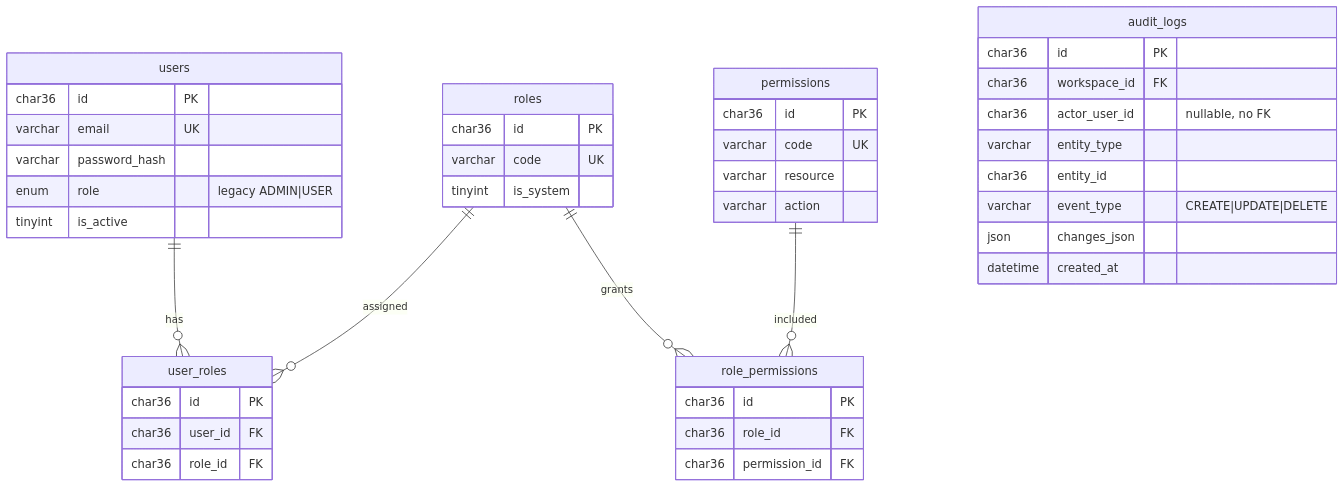
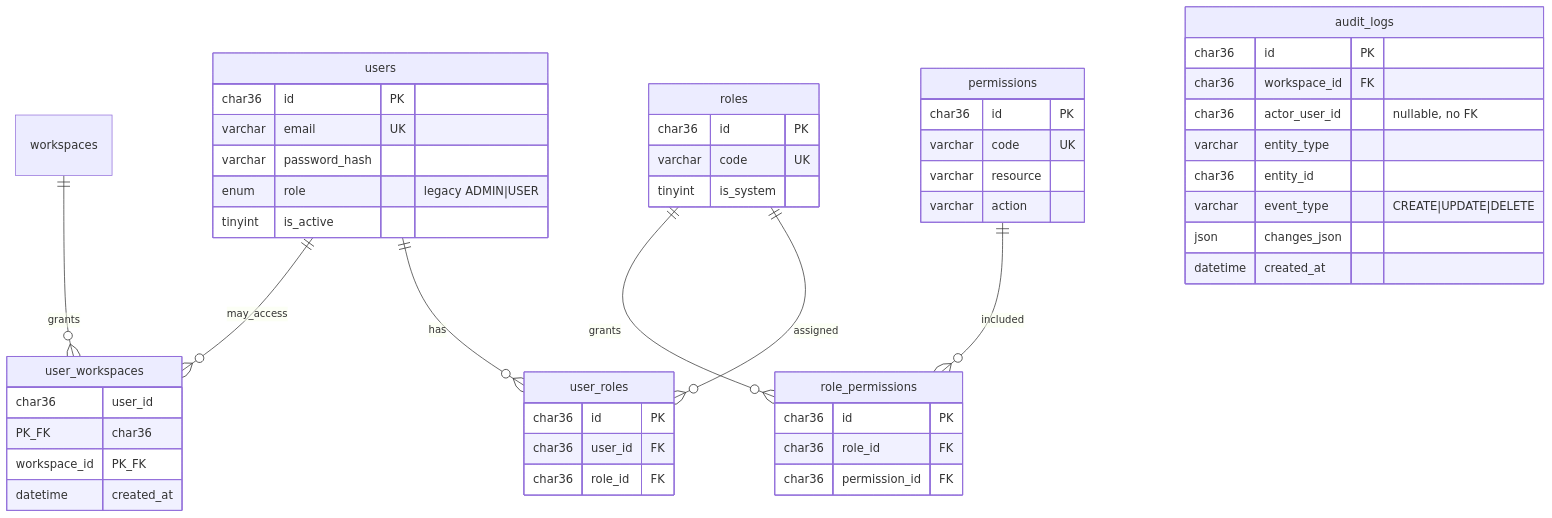
One commit to nonamebkz/pencatatan changed the third of 3 diagrams in docs/database/ERD.md. Above: the diagram before and after it, drawn with Mermaid. The commit also changed other lines of this file and 72 other files, not shown here.

````diff
--- a/docs/database/ERD.md
+++ b/docs/database/ERD.md
@@ -176,51 +180,59 @@
 ```mermaid
 erDiagram
     users ||--o{ user_roles : has
+    users ||--o{ user_workspaces : may_access
+    workspaces ||--o{ user_workspaces : grants
     roles ||--o{ user_roles : assigned
     roles ||--o{ role_permissions : grants
     permissions ||--o{ role_permissions : included
 
     users {
         char36 id PK
         varchar email UK
         varchar password_hash
         enum role "legacy ADMIN|USER"
         tinyint is_active
     }
 
     roles {
         char36 id PK
         varchar code UK
         tinyint is_system
     }
 
     permissions {
         char36 id PK
         varchar code UK
         varchar resource
         varchar action
     }
 
     user_roles {
         char36 id PK
         char36 user_id FK
         char36 role_id FK
     }
 
+    user_workspaces {
+        char36 user_id PK_FK
+        char36 workspace_id PK_FK
+        datetime created_at
+    }
+
     role_permissions {
         char36 id PK
         char36 role_id FK
         char36 permission_id FK
     }
 
     audit_logs {
         char36 id PK
         char36 workspace_id FK
         char36 actor_user_id "nullable, no FK"
         varchar entity_type
         char36 entity_id
         varchar event_type "CREATE|UPDATE|DELETE"
         json changes_json
         datetime created_at
     }
 ```
````
